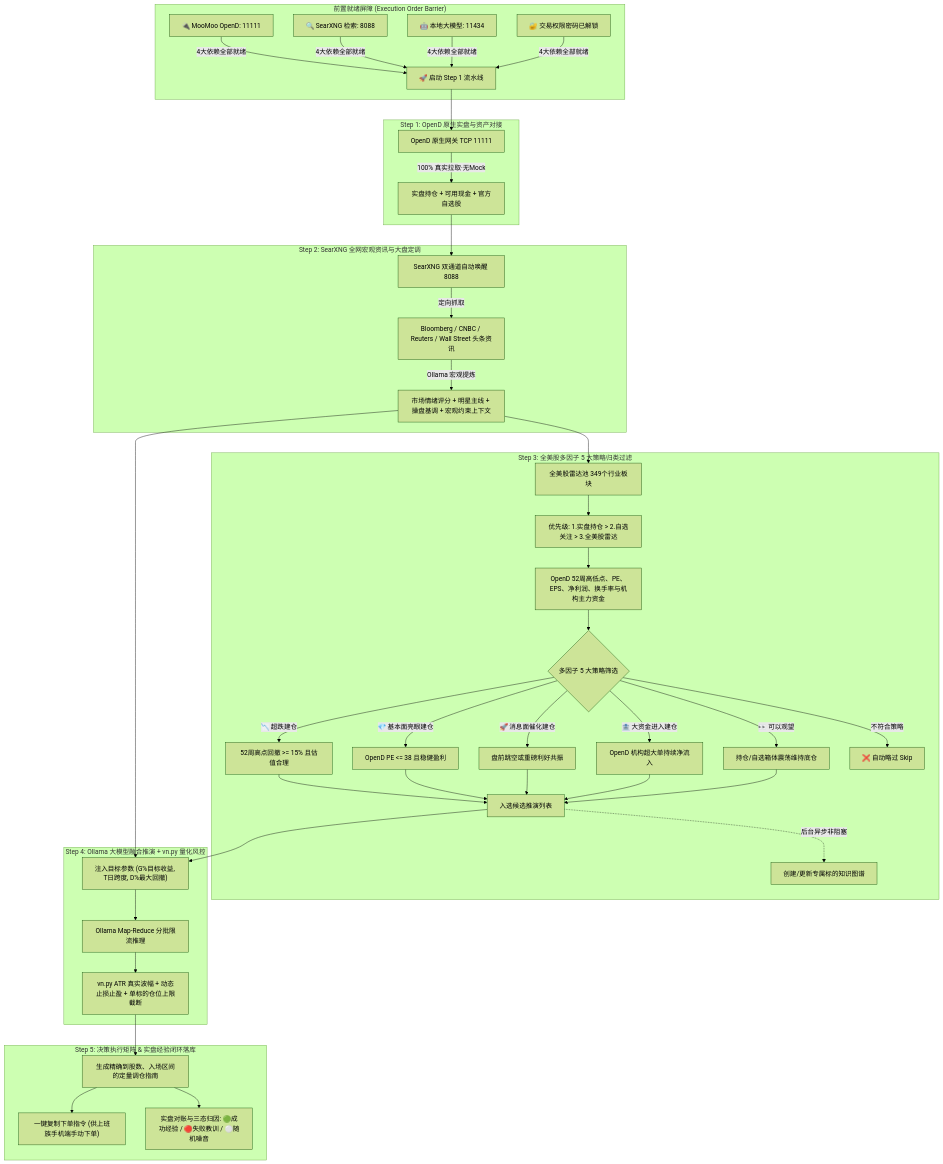
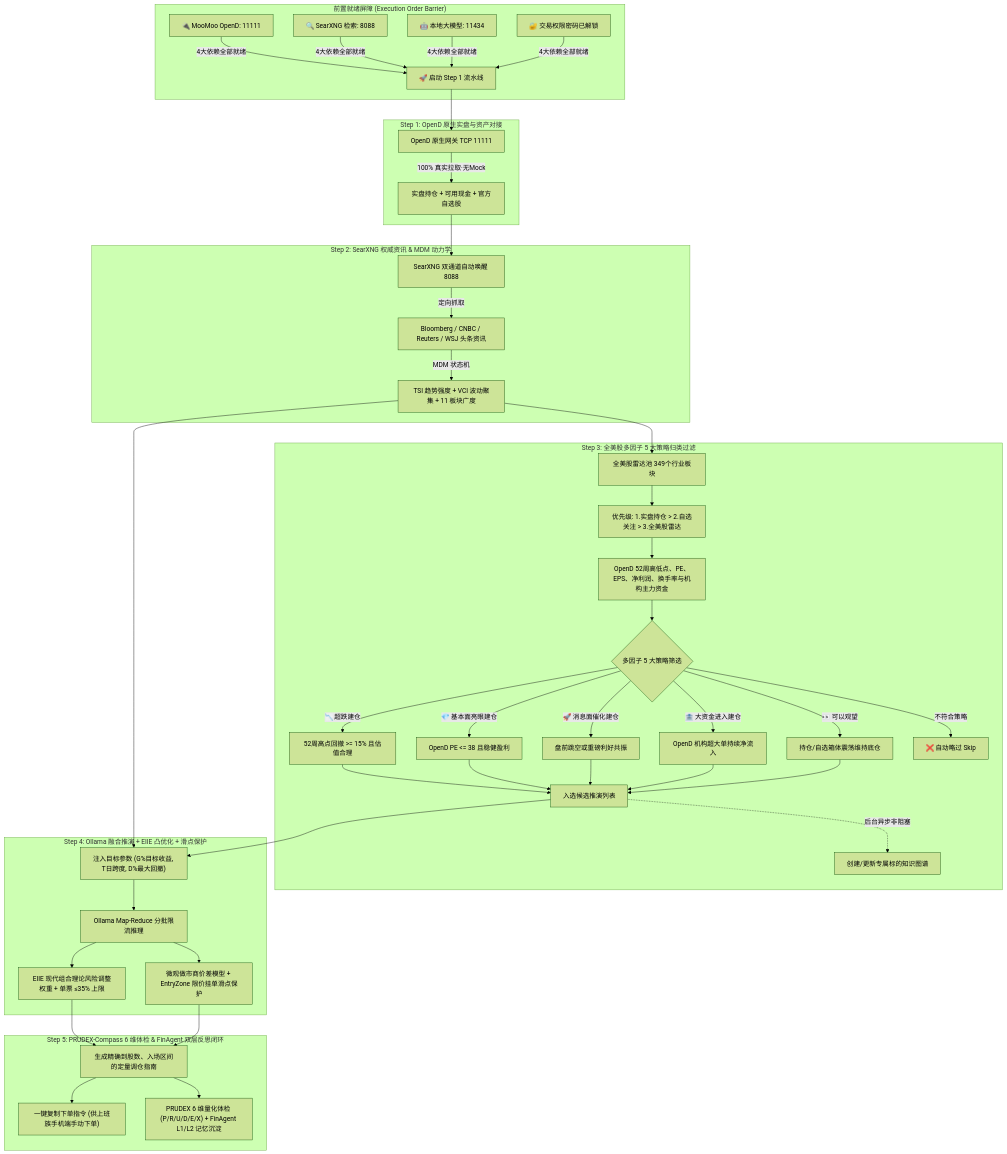
One commit to winnerineast/StockAgent changed the diagram in README_CN.md. Above: the diagram before and after it, drawn with Mermaid (forest theme). The commit also changed other lines of this file and 26 other files, not shown here.

Commit message:
feat: TradeMaster & FinAgent quantitative architecture - MDM state machine, EIIE convex portfolio optimization, PRUDEX-Compass 6-axis benchmark, dual-level memory repository, and visual screenshot user guide

````diff
--- a/README_CN.md
+++ b/README_CN.md
@@ -11,48 +126,49 @@
 ```mermaid
 flowchart TD
     subgraph Preflight ["前置就绪屏障 (Execution Order Barrier)"]
         P1["🔌 MooMoo OpenD: 11111"]
         P2["🔍 SearXNG 检索: 8088"]
         P3["🤖 本地大模型: 11434"]
         P4["🔐 交易权限密码已解锁"]
         P1 & P2 & P3 & P4 -->|4大依赖全部就绪| Barrier["🚀 启动 Step 1 流水线"]
     end
 
     subgraph S1 ["Step 1: OpenD 原生实盘与资产对接"]
         Barrier --> A["OpenD 原生网关 TCP 11111"]
         A -->|100% 真实拉取·无Mock| B["实盘持仓 + 可用现金 + 官方自选股"]
     end
 
-    subgraph S2 ["Step 2: SearXNG 全网宏观资讯与大盘定调"]
+    subgraph S2 ["Step 2: SearXNG 权威资讯 & MDM 动力学"]
         B --> C["SearXNG 双通道自动唤醒 8088"]
-        C -->|定向抓取| D["Bloomberg / CNBC / Reuters / Wall Street 头条资讯"]
-        D -->|Ollama 宏观提炼| E["市场情绪评分 + 明星主线 + 操盘基调 + 宏观约束上下文"]
+        C -->|定向抓取| D["Bloomberg / CNBC / Reuters / WSJ 头条资讯"]
+        D -->|MDM 状态机| E["TSI 趋势强度 + VCI 波动聚集 + 11 板块广度"]
     end
 
     subgraph S3 ["Step 3: 全美股多因子 5 大策略归类过滤"]
         E --> F["全美股雷达池 349个行业板块"]
         F --> G["优先级: 1.实盘持仓 > 2.自选关注 > 3.全美股雷达"]
         G --> H["OpenD 52周高低点、PE、EPS、净利润、换手率与机构主力资金"]
         H --> I{"多因子 5 大策略筛选"}
         I -->|📉 超跌建仓| J1["52周高点回撤 >= 15% 且估值合理"]
         I -->|💎 基本面亮眼建仓| J2["OpenD PE <= 38 且稳健盈利"]
         I -->|🚀 消息面催化建仓| J3["盘前跳空或重磅利好共振"]
         I -->|🏦 大资金进入建仓| J4["OpenD 机构超大单持续净流入"]
         I -->|👀 可以观望| J5["持仓/自选箱体震荡维持底仓"]
         I -->|不符合策略| J6["❌ 自动略过 Skip"]
         J1 & J2 & J3 & J4 & J5 --> K["入选候选推演列表"]
         K -.->|后台异步非阻塞| L["创建/更新专属标的知识图谱"]
     end
 
-    subgraph S4 ["Step 4: Ollama 大模型融合推演 + vn.py 量化风控"]
+    subgraph S4 ["Step 4: Ollama 融合推演 + EIIE 凸优化 + 滑点保护"]
         E & K --> M["注入目标参数 (G%目标收益, T日跨度, D%最大回撤)"]
         M --> N["Ollama Map-Reduce 分批限流推理"]
-        N --> Q["vn.py ATR 真实波幅 + 动态止损止盈 + 单标的仓位上限截断"]
+        N --> Q["EIIE 现代组合理论风险调整权重 + 单票 ≤35% 上限"]
+        N --> Q2["微观做市商价差模型 + EntryZone 限价挂单滑点保护"]
     end
 
-    subgraph S5 ["Step 5: 决策执行矩阵 & 实盘经验闭环落库"]
-        Q --> O["生成精确到股数、入场区间的定量调仓指南"]
+    subgraph S5 ["Step 5: PRUDEX-Compass 6 维体检 & FinAgent 双层反思闭环"]
+        Q & Q2 --> O["生成精确到股数、入场区间的定量调仓指南"]
         O --> R["一键复制下单指令 (供上班族手机端手动下单)"]
-        O --> S["实盘对账与三态归因: 🟢成功经验 / 🔴失败教训 / ⚪随机噪音"]
+        O --> S["PRUDEX 6 维量化体检 (P/R/U/D/E/X) + FinAgent L1/L2 记忆沉淀"]
     end
 ```
````
